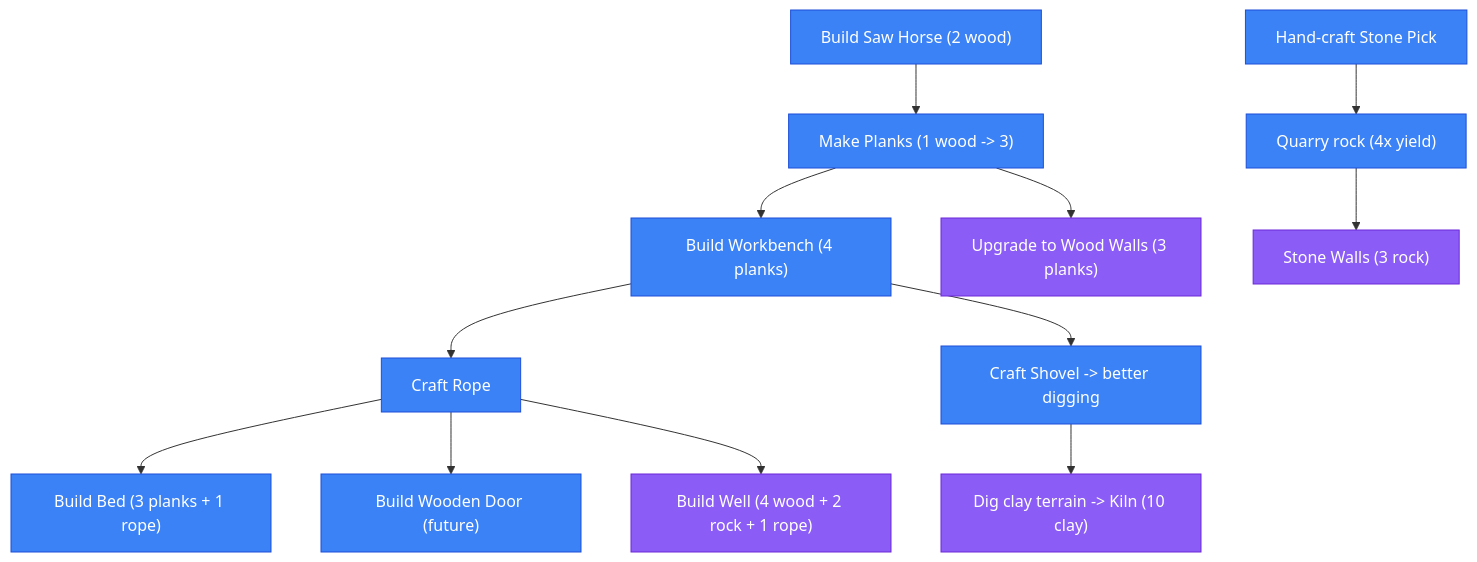
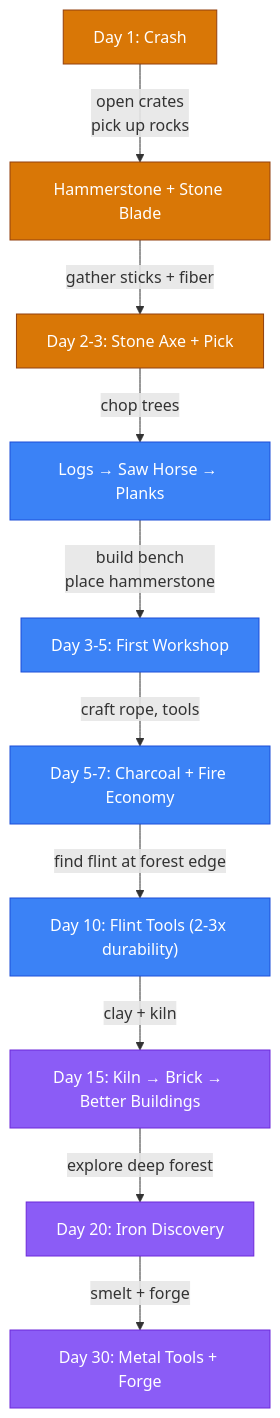
The sixth of 8 diagrams in docs/crafting-tree.md (spiffistan/spacewestern), drawn with Mermaid before and after one commit. The commit also changed other lines of this file and 12 other files, not shown here.

````diff
--- a/docs/crafting-tree.md
+++ b/docs/crafting-tree.md
@@ -82,22 +171,19 @@
 ```mermaid
 graph TD
-    A["Hand-craft Stone Pick"] --> A2["Quarry rock (4x yield)"]
-    B["Build Saw Horse (2 wood)"] --> C["Make Planks (1 wood -> 3)"]
-    C --> D["Build Workbench (4 planks)"]
-    D --> E["Craft Rope"]
-    D --> F["Craft Shovel -> better digging"]
-    E --> G["Build Bed (3 planks + 1 rope)"]
-    E --> H["Build Wooden Door (future)"]
-    E --> I["Build Well (4 wood + 2 rock + 1 rope)"]
-    C --> J["Upgrade to Wood Walls (3 planks)"]
-    A2 --> K["Stone Walls (3 rock)"]
-    F --> L["Dig clay terrain -> Kiln (10 clay)"]
+    D1["Day 1: Crash"] -->|"open crates<br/>pick up rocks"| D1b["Hammerstone + Stone Blade"]
+    D1b -->|"gather sticks + fiber"| D2["Day 2-3: Stone Axe + Pick"]
+    D2 -->|"chop trees"| D3["Logs → Saw Horse → Planks"]
+    D3 -->|"build bench<br/>place hammerstone"| D5["Day 3-5: First Workshop"]
+    D5 -->|"craft rope, tools"| D7["Day 5-7: Charcoal + Fire Economy"]
+    D7 -->|"find flint at forest edge"| D10["Day 10: Flint Tools (2-3x durability)"]
+    D10 -->|"clay + kiln"| D15["Day 15: Kiln → Brick → Better Buildings"]
+    D15 -->|"explore deep forest"| D20["Day 20: Iron Discovery"]
+    D20 -->|"smelt + forge"| D30["Day 30: Metal Tools + Forge"]
 
-    classDef phase2 fill:#3b82f6,stroke:#1d4ed8,color:#fff
-    classDef phase3 fill:#8b5cf6,stroke:#6d28d9,color:#fff
-    class A,A2,B,C,D phase2
-    class E,F,G,H,I,J,K,L phase3
-    class B,B2,C,C2,D phase1
-    class E,F,G,H phase2
-    class I,J,K,L phase3
+    classDef early fill:#d97706,stroke:#92400e,color:#fff
+    classDef mid fill:#3b82f6,stroke:#1d4ed8,color:#fff
+    classDef late fill:#8b5cf6,stroke:#6d28d9,color:#fff
+    class D1,D1b,D2 early
+    class D3,D5,D7,D10 mid
+    class D15,D20,D30 late
 ```
````
